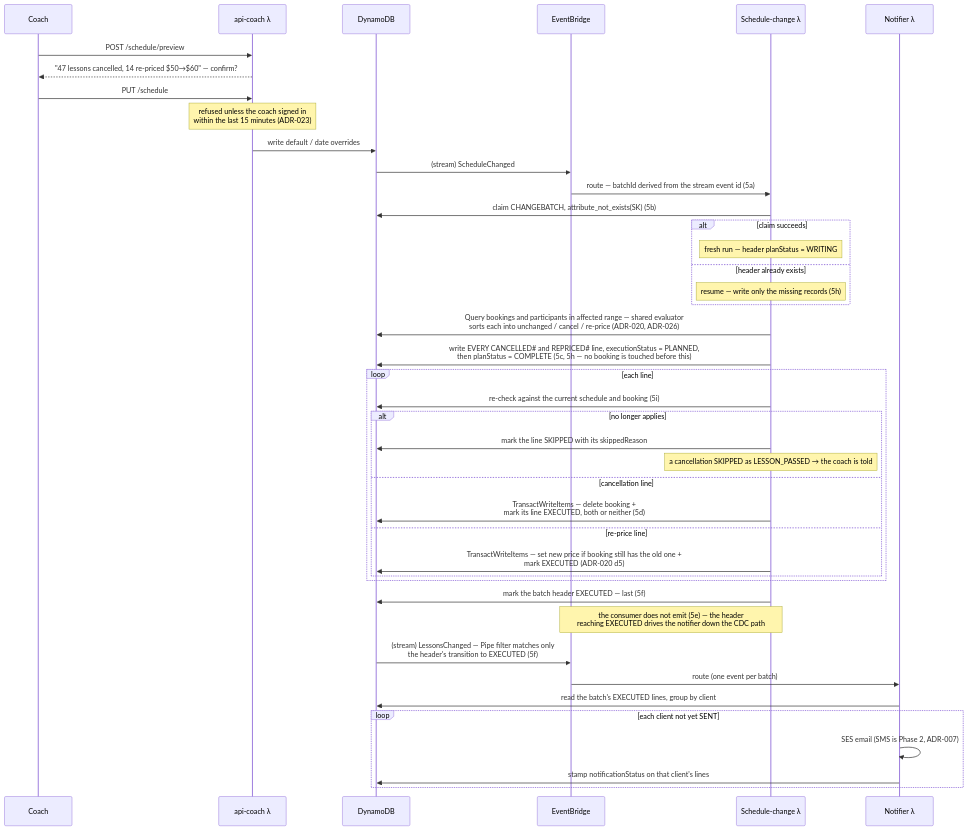
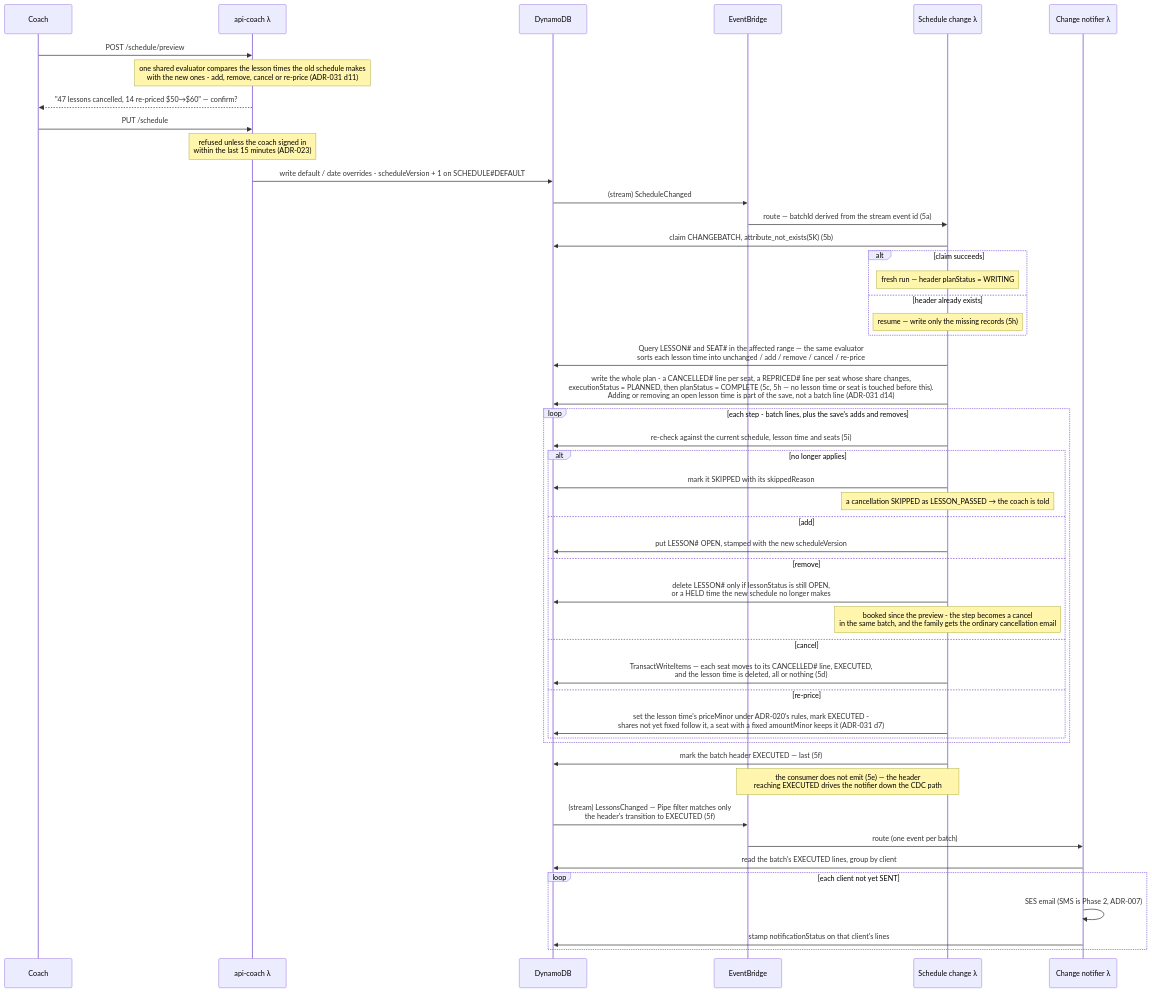
Diagram 11 of 23 in docs/architecture.md (jessicamvega6/bladebook), drawn with Mermaid before and after one commit. The commit also changed other lines of this file and 26 other files, not shown here.

First line of the commit message:
Design doc updates: diagrams synced, shared-lesson and leave rules

````diff
--- a/docs/architecture.md
+++ b/docs/architecture.md
@@ -807,44 +1037,50 @@
 ```mermaid
 sequenceDiagram
     participant C as Coach
     participant API as api-coach λ
     participant DB as DynamoDB
     participant Bus as EventBridge
-    participant X as Schedule-change λ
-    participant N as Notifier λ
+    participant X as Schedule change λ
+    participant N as Change notifier λ
     C->>API: POST /schedule/preview
+    Note over API: one shared evaluator compares the lesson times the old schedule makes<br/>with the new ones - add, remove, cancel or re-price (ADR-031 d11)
     API-->>C: "47 lessons cancelled, 14 re-priced $50→$60" — confirm?
     C->>API: PUT /schedule
     Note over API: refused unless the coach signed in<br/>within the last 15 minutes (ADR-023)
-    API->>DB: write default / date overrides
+    API->>DB: write default / date overrides - scheduleVersion + 1 on SCHEDULE#35;DEFAULT
     DB->>Bus: (stream) ScheduleChanged
     Bus->>X: route — batchId derived from the stream event id (5a)
     X->>DB: claim CHANGEBATCH, attribute_not_exists(SK) (5b)
     alt claim succeeds
         Note over X: fresh run — header planStatus = WRITING
     else header already exists
         Note over X: resume — write only the missing records (5h)
     end
-    X->>DB: Query bookings and participants in affected range — shared evaluator<br/>sorts each into unchanged / cancel / re-price (ADR-020, ADR-026)
-    X->>DB: write EVERY CANCELLED#35; and REPRICED#35; line, executionStatus = PLANNED,<br/>then planStatus = COMPLETE (5c, 5h — no booking is touched before this)
-    loop each line
-        X->>DB: re-check against the current schedule and booking (5i)
+    X->>DB: Query LESSON#35; and SEAT#35; in the affected range — the same evaluator<br/>sorts each lesson time into unchanged / add / remove / cancel / re-price
+    X->>DB: write the whole plan - a CANCELLED#35; line per seat, a REPRICED#35; line per seat whose share changes,<br/>executionStatus = PLANNED, then planStatus = COMPLETE (5c, 5h — no lesson time or seat is touched before this).<br/>Adding or removing an open lesson time is part of the save, not a batch line (ADR-031 d14)
+    loop each step - batch lines, plus the save's adds and removes
+        X->>DB: re-check against the current schedule, lesson time and seats (5i)
         alt no longer applies
-            X->>DB: mark the line SKIPPED with its skippedReason
+            X->>DB: mark it SKIPPED with its skippedReason
             Note over X: a cancellation SKIPPED as LESSON_PASSED → the coach is told
-        else cancellation line
-            X->>DB: TransactWriteItems — delete booking +<br/>mark its line EXECUTED, both or neither (5d)
-        else re-price line
-            X->>DB: TransactWriteItems — set new price if booking still has the old one +<br/>mark EXECUTED (ADR-020 d5)
+        else add
+            X->>DB: put LESSON#35; OPEN, stamped with the new scheduleVersion
+        else remove
+            X->>DB: delete LESSON#35; only if lessonStatus is still OPEN,<br/>or a HELD time the new schedule no longer makes
+            Note over X: booked since the preview - the step becomes a cancel<br/>in the same batch, and the family gets the ordinary cancellation email
+        else cancel
+            X->>DB: TransactWriteItems — each seat moves to its CANCELLED#35; line, EXECUTED,<br/>and the lesson time is deleted, all or nothing (5d)
+        else re-price
+            X->>DB: set the lesson time's priceMinor under ADR-020's rules, mark EXECUTED -<br/>shares not yet fixed follow it, a seat with a fixed amountMinor keeps it (ADR-031 d7)
         end
     end
     X->>DB: mark the batch header EXECUTED — last (5f)
     Note over X,Bus: the consumer does not emit (5e) — the header<br/>reaching EXECUTED drives the notifier down the CDC path
     DB->>Bus: (stream) LessonsChanged — Pipe filter matches only<br/>the header's transition to EXECUTED (5f)
     Bus->>N: route (one event per batch)
     N->>DB: read the batch's EXECUTED lines, group by client
     loop each client not yet SENT
         N->>N: SES email (SMS is Phase 2, ADR-007)
         N->>DB: stamp notificationStatus on that client's lines
     end
 ```
````
